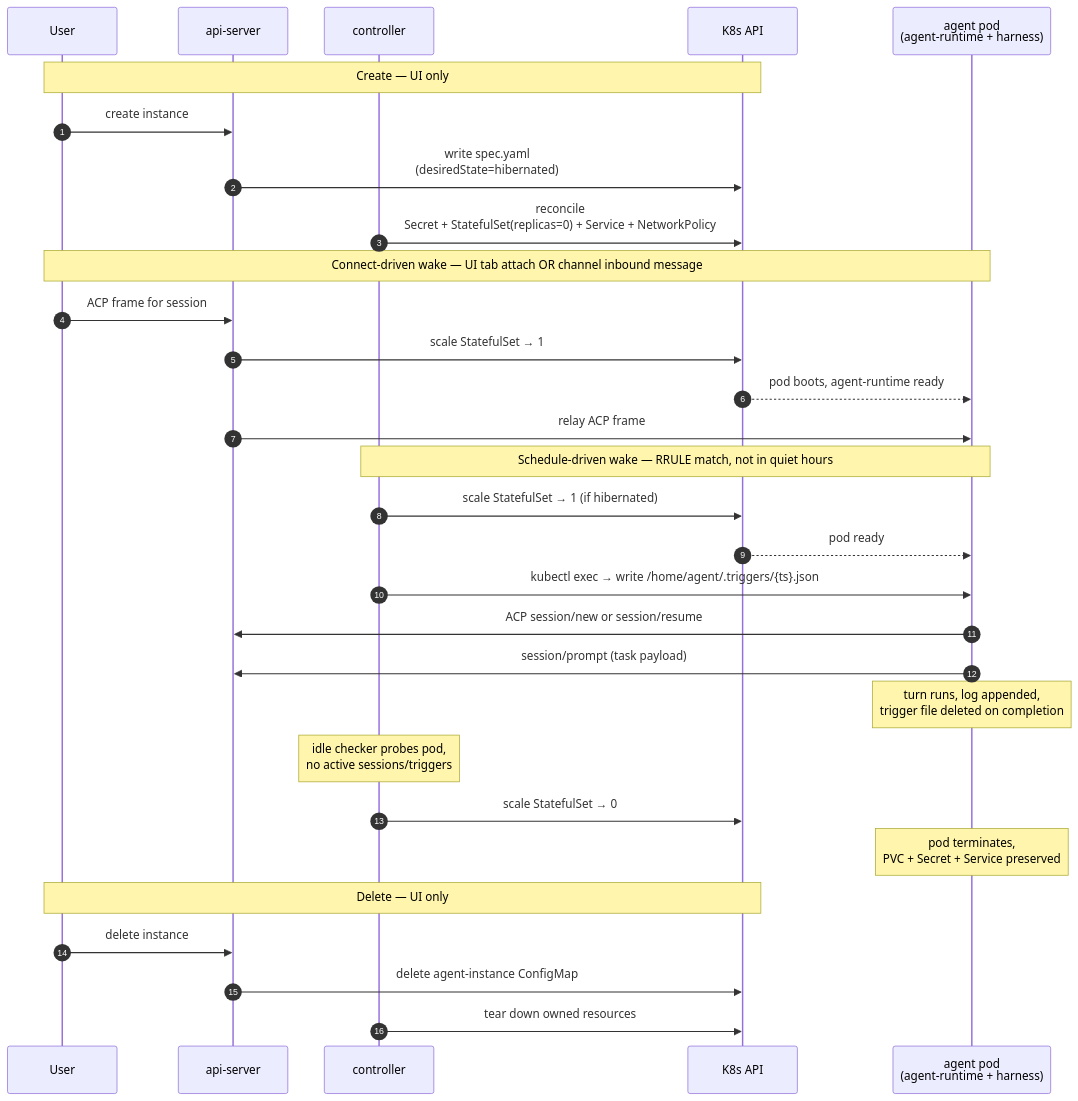
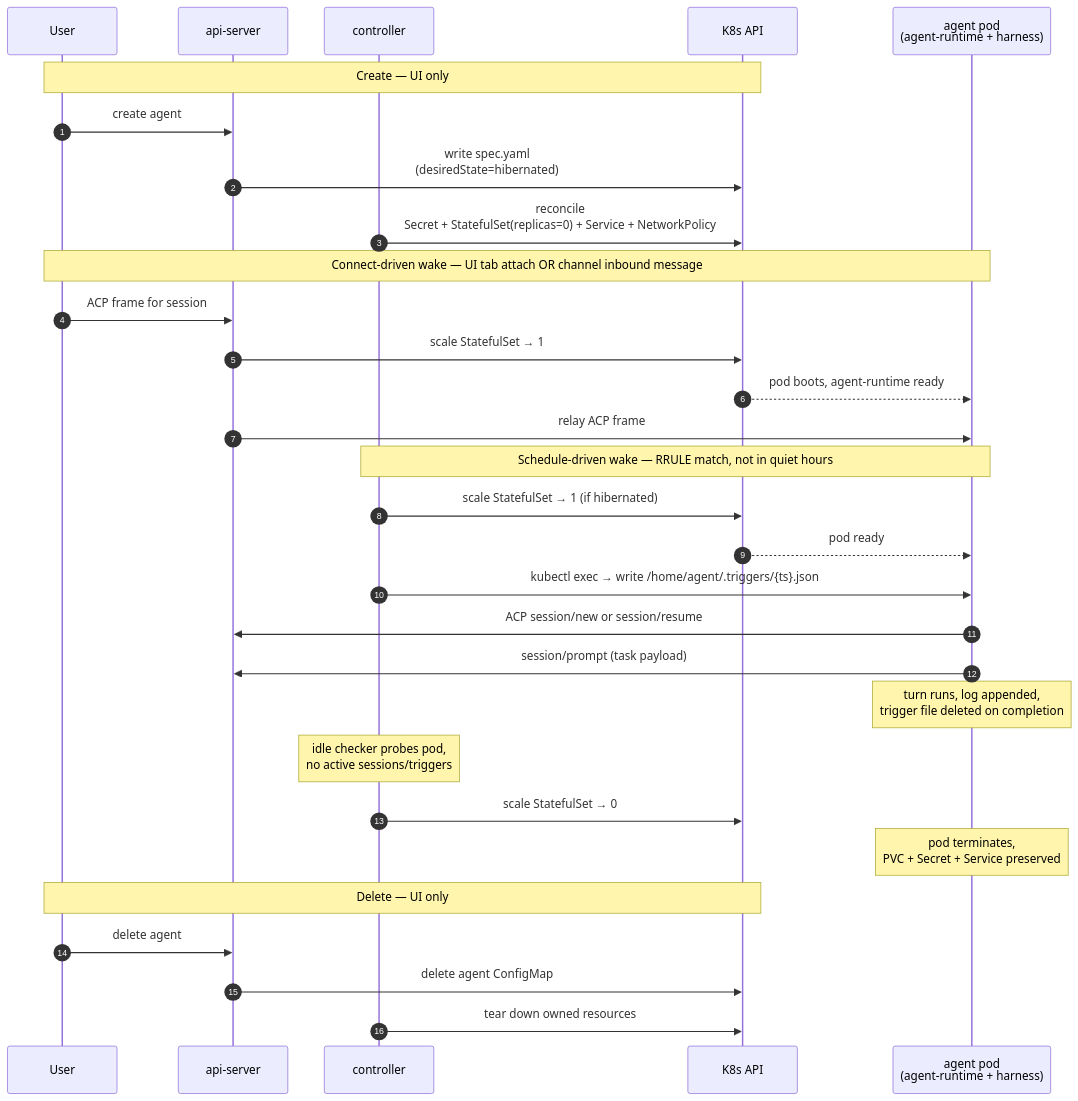
The diagram in docs/architecture/agent-lifecycle.md (subbyte/dam), drawn with Mermaid before and after one commit. The commit also changed other lines of this file and 287 other files, not shown here.

Commit message:
refactor: eliminate Instance, collapse into Agent (ADR-046) (#302)

````diff
--- a/docs/architecture/agent-lifecycle.md
+++ b/docs/architecture/agent-lifecycle.md
@@ -28,37 +29,37 @@
 ```mermaid
 sequenceDiagram
   autonumber
   participant U as User
   participant API as api-server
   participant C as controller
   participant K as K8s API
   participant P as agent pod<br/>(agent-runtime + harness)
 
   Note over U,K: Create — UI only
-  U->>API: create instance
+  U->>API: create agent
   API->>K: write spec.yaml<br/>(desiredState=hibernated)
   C->>K: reconcile<br/>Secret + StatefulSet(replicas=0) + Service + NetworkPolicy
 
   Note over U,P: Connect-driven wake — UI tab attach OR channel inbound message
   U->>API: ACP frame for session
   API->>K: scale StatefulSet → 1
   K-->>P: pod boots, agent-runtime ready
   API->>P: relay ACP frame
 
   Note over C,P: Schedule-driven wake — RRULE match, not in quiet hours
   C->>K: scale StatefulSet → 1 (if hibernated)
   K-->>P: pod ready
   C->>P: kubectl exec → write /home/agent/.triggers/{ts}.json
   P->>API: ACP session/new or session/resume
   P->>API: session/prompt (task payload)
   Note over P: turn runs, log appended,<br/>trigger file deleted on completion
 
   Note over C: idle checker probes pod,<br/>no active sessions/triggers
   C->>K: scale StatefulSet → 0
   Note over P: pod terminates,<br/>PVC + Secret + Service preserved
 
   Note over U,K: Delete — UI only
-  U->>API: delete instance
-  API->>K: delete agent-instance ConfigMap
+  U->>API: delete agent
+  API->>K: delete agent ConfigMap
   C->>K: tear down owned resources
 ```
````
